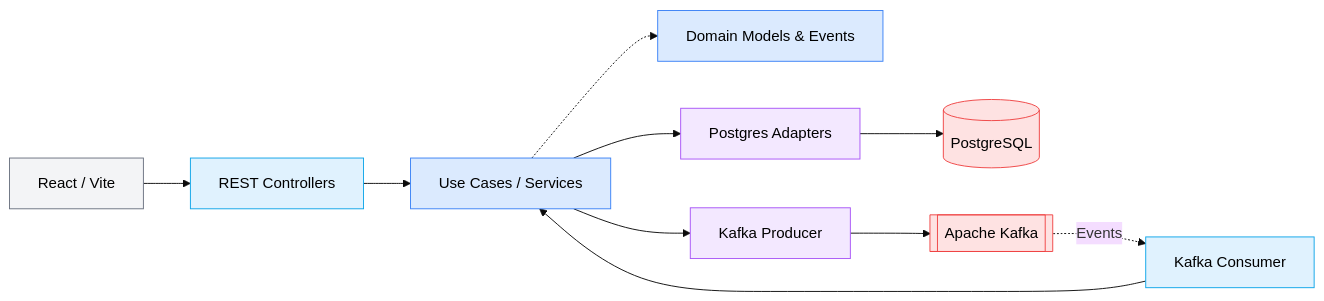
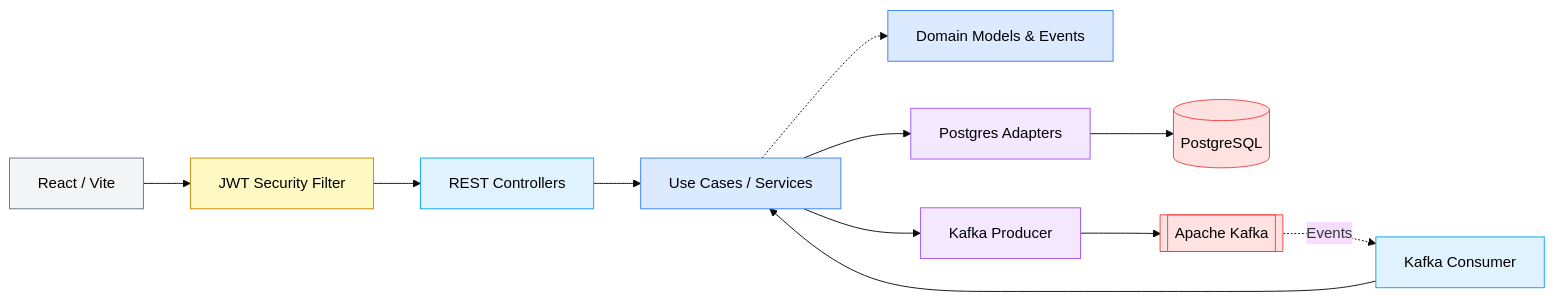
One commit to leonifrazao/MoraNode changed the first of 2 diagrams in README.md. Above: the diagram before and after it, drawn with Mermaid (base theme). The commit also changed other lines of this file, not shown here.

First line of the commit message:
Enhance README with JWT and CI/CD details

````diff
--- a/README.md
+++ b/README.md
@@ -103,28 +107,31 @@
 ```mermaid
 flowchart LR
-    UI[React / Vite] --> API[REST Controllers]
+    UI[React / Vite] --> JWT[JWT Security Filter]
+    JWT --> API[REST Controllers]
     API --> UC[Use Cases / Services]
     SUB[Kafka Consumer] --> UC
 
     UC -.-> DOM[Domain Models & Events]
 
     UC --> REPO[Postgres Adapters]
     UC --> PUB[Kafka Producer]
 
     REPO --> DB[(PostgreSQL)]
     PUB --> KF[[Apache Kafka]]
 
     KF -. Events .-> SUB
 
     classDef ui fill:#f3f4f6,stroke:#6b7280,color:#000
+    classDef sec fill:#fef9c3,stroke:#ca8a04,color:#000
     classDef api fill:#e0f2fe,stroke:#0ea5e9,color:#000
     classDef core fill:#dbeafe,stroke:#3b82f6,color:#000
     classDef data fill:#f3e8ff,stroke:#a855f7,color:#000
     classDef ext fill:#fee2e2,stroke:#ef4444,color:#000
 
     class UI ui
+    class JWT sec
     class API,SUB api
     class UC,DOM core
     class REPO,PUB data
     class DB,KF ext
 ```
````
